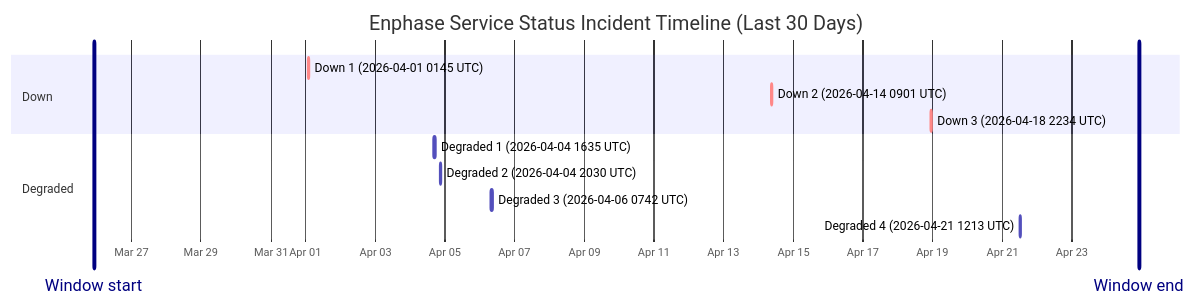
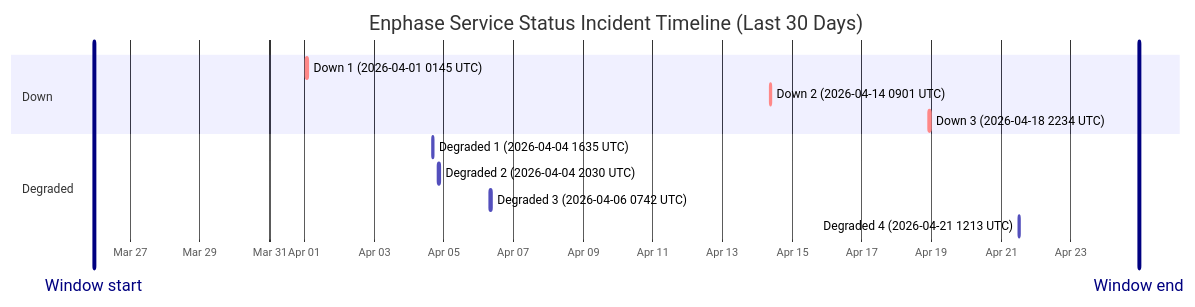
The diagram in wiki/Service-Status-History.md (barneyonline/ha-enphase-ev-charger), drawn with Mermaid before and after one commit. The commit also changed other lines of this file and 3 other files, not shown here.

````diff
--- a/wiki/Service-Status-History.md
+++ b/wiki/Service-Status-History.md
@@ -14,17 +14,17 @@
 ```mermaid
 gantt
     title Enphase Service Status Incident Timeline (Last 30 Days)
     dateFormat  YYYY-MM-DDTHH:mm:ss
     axisFormat  %b %d
-    Window start :vert, window-start, 2026-03-25T22:08:23, 0ms
-    Window end :vert, window-end, 2026-04-24T22:08:23, 0ms
+    Window start :vert, window-start, 2026-03-25T23:06:38, 0ms
+    Window end :vert, window-end, 2026-04-24T23:06:38, 0ms
     section Down
     Down 1 (2026-04-01 0145 UTC) :crit, down-1, 2026-04-01T01:45:09, 60m
     Down 2 (2026-04-14 0901 UTC) :crit, down-2, 2026-04-14T09:01:13, 60m
     Down 3 (2026-04-18 2234 UTC) :crit, down-3, 2026-04-18T22:34:13, 60m
     section Degraded
     Degraded 1 (2026-04-04 1635 UTC) :active, degraded-1, 2026-04-04T16:35:17, 60m
     Degraded 2 (2026-04-04 2030 UTC) :active, degraded-2, 2026-04-04T20:30:40, 60m
     Degraded 3 (2026-04-06 0742 UTC) :active, degraded-3, 2026-04-06T07:42:09, 85m
     Degraded 4 (2026-04-21 1213 UTC) :active, degraded-4, 2026-04-21T12:13:11, 60m
 ```
````
